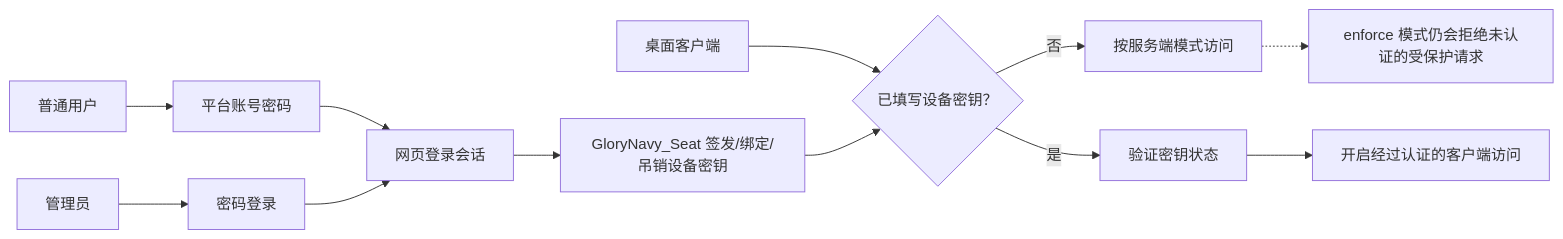
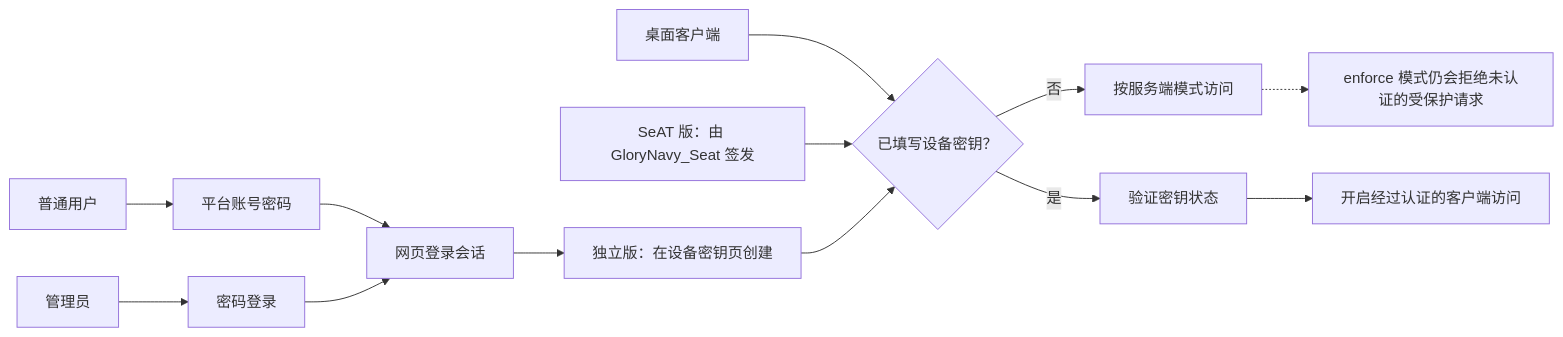
Before and after one commit to xiaqijun/eve-sentry: the third of 3 diagrams in client/README.md, drawn with Mermaid. The commit also changed other lines of this file and 27 other files, not shown here.

````diff
--- a/client/README.md
+++ b/client/README.md
@@ -74,16 +74,18 @@
 ```mermaid
 flowchart LR
     member["普通用户"] --> password["平台账号密码"]
     password --> session["网页登录会话"]
 
     admin["管理员"] --> admin_password["密码登录"]
     admin_password --> session
 
-    session --> seat["GloryNavy_Seat 签发/绑定/吊销设备密钥"]
+    session --> standalone["独立版：在设备密钥页创建"]
+    seat["SeAT 版：由 GloryNavy_Seat 签发"]
     client["桌面客户端"] --> configured{"已填写设备密钥？"}
     configured -->|"否"| anonymous["按服务端模式访问"]
     configured -->|"是"| keycheck["验证密钥状态"]
     seat --> configured
+    standalone --> configured
     keycheck --> access["开启经过认证的客户端访问"]
     anonymous -.-> policy["enforce 模式仍会拒绝未认证的受保护请求"]
 ```
````
